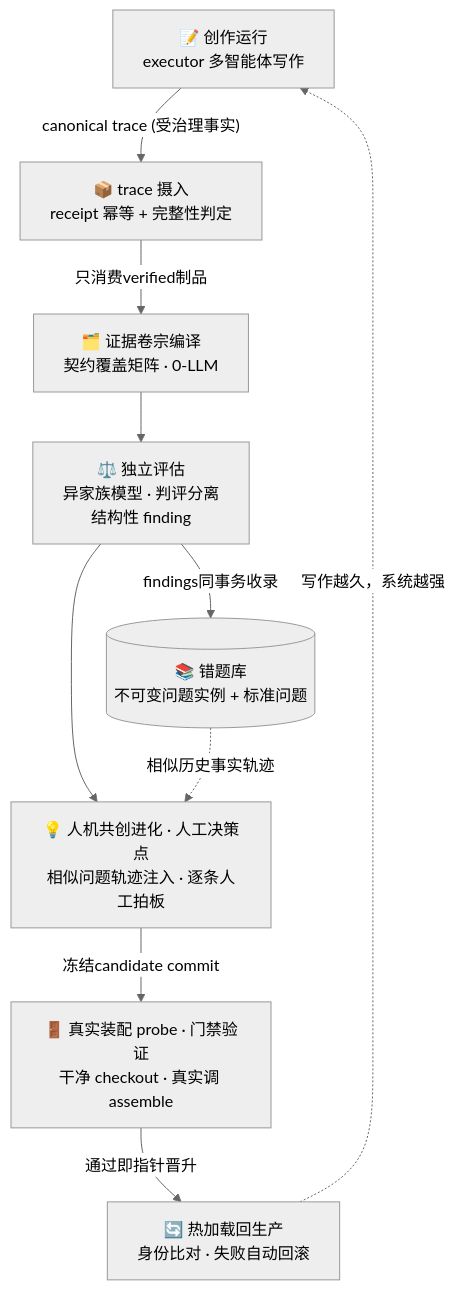
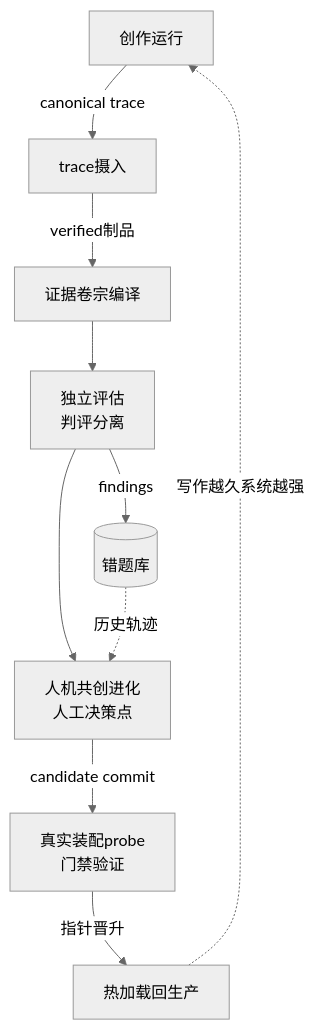
Before and after one commit to gaoshoupaper-code/EvoWriter: the first of 2 diagrams in README.md, drawn with Mermaid (neutral theme). The commit also changed other lines of this file, not shown here.

Commit message:
fix(readme): 重写Mermaid图以兼容GitHub渲染
- 移除emoji和特殊字符
- 简化边标签文本
- 保留核心信息和三个关键设计点（判评分离/人工决策点/门禁验证）
- 提升跨平台渲染兼容性

````diff
--- a/README.md
+++ b/README.md
@@ -37,21 +37,21 @@
 ```mermaid
 flowchart TD
-    W["📝 创作运行<br/>executor 多智能体写作"]
-    ING["📦 trace 摄入<br/>receipt 幂等 + 完整性判定"]
-    DOS["🗂️ 证据卷宗编译<br/>契约覆盖矩阵 · 0-LLM"]
-    EV["⚖️ 独立评估<br/>异家族模型 · 判评分离<br/>结构性 finding"]
-    KB[("📚 错题库<br/>不可变问题实例 + 标准问题")]
-    EVO["💡 人机共创进化 · 人工决策点<br/>相似问题轨迹注入 · 逐条人工拍板"]
-    PROBE["🚪 真实装配 probe · 门禁验证<br/>干净 checkout · 真实调 assemble"]
-    RL["🔄 热加载回生产<br/>身份比对 · 失败自动回滚"]
+    W[创作运行]
+    ING[trace摄入]
+    DOS[证据卷宗编译]
+    EV[独立评估<br/>判评分离]
+    KB[(错题库)]
+    EVO[人机共创进化<br/>人工决策点]
+    PROBE[真实装配probe<br/>门禁验证]
+    RL[热加载回生产]
 
-    W -->|"canonical trace (受治理事实)"| ING
-    ING -->|"只消费verified制品"| DOS
+    W -->|canonical trace| ING
+    ING -->|verified制品| DOS
     DOS --> EV
-    EV -->|"findings同事务收录"| KB
+    EV -->|findings| KB
     EV --> EVO
-    KB -.->|"相似历史事实轨迹"| EVO
-    EVO -->|"冻结candidate commit"| PROBE
-    PROBE -->|"通过即指针晋升"| RL
-    RL -.->|"写作越久，系统越强"| W
+    KB -.->|历史轨迹| EVO
+    EVO -->|candidate commit| PROBE
+    PROBE -->|指针晋升| RL
+    RL -.->|写作越久系统越强| W
 ```
````
